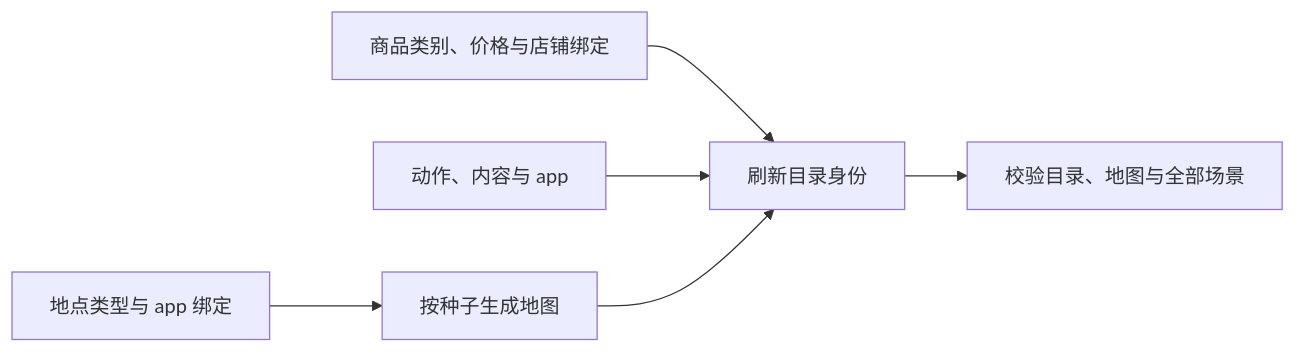
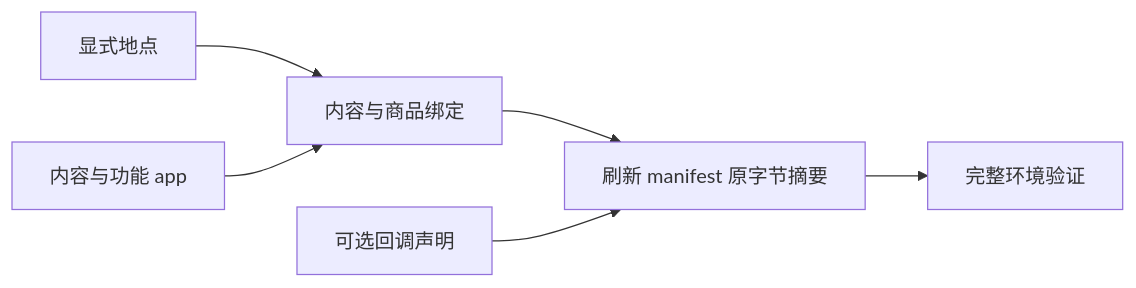
One commit to HoldThatThgt/WorldMock changed the diagram in docs/manual/resources.md. Above: the diagram before and after it, drawn with Mermaid. The commit also changed other lines of this file and 577 other files, not shown here.

````diff
--- a/docs/manual/resources.md
+++ b/docs/manual/resources.md
@@ -6,7 +18,8 @@
 ```mermaid
 flowchart LR
-    L[地点类型与 app 绑定] --> M[按种子生成地图]
-    G[商品类别、价格与店铺绑定] --> I[刷新目录身份]
-    C[动作、内容与 app] --> I
-    M --> I --> V[校验目录、地图与全部场景]
+    Locations[显式地点] --> Bindings[内容与商品绑定]
+    Apps[内容与功能 app] --> Bindings
+    Bindings --> Publish[刷新 manifest 原字节摘要]
+    Callbacks[可选回调声明] --> Publish
+    Publish --> Validate[完整环境验证]
 ```
````
